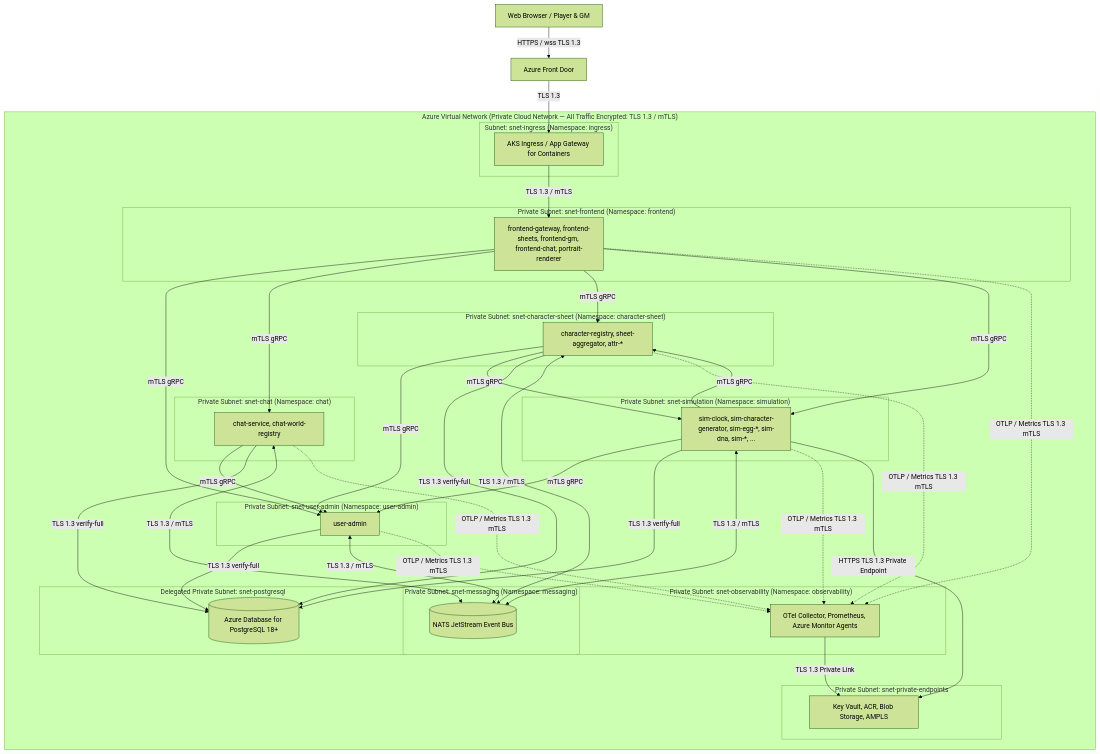
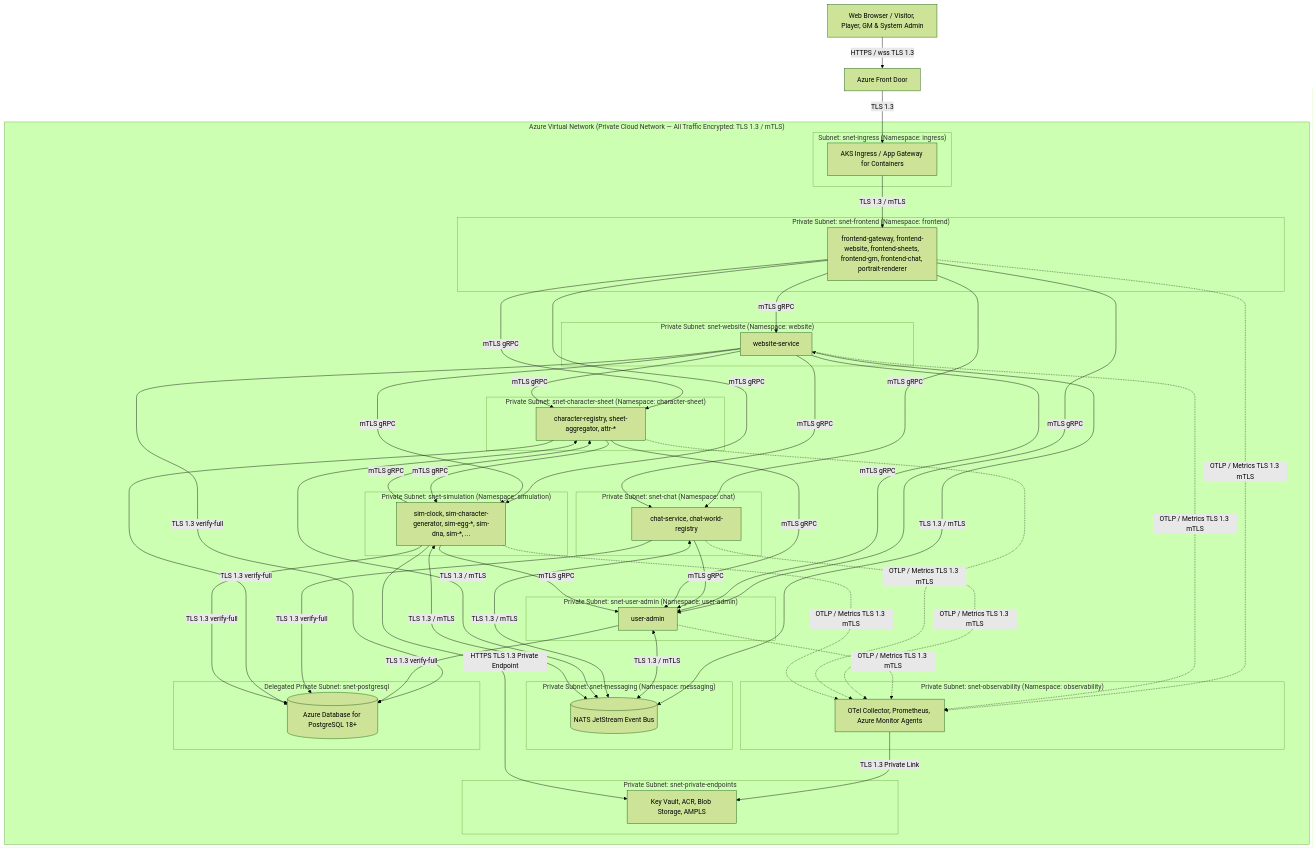
The diagram in docs/architecture/ADR-0012-private-subnet-isolation-and-encrypted-cloud-communication.md (ladrost/princesspink), drawn with Mermaid (forest theme) before and after one commit. The commit also changed other lines of this file and 13 other files, not shown here.

First line of the commit message:
53 add a static website service (#64)

````diff
--- a/docs/architecture/ADR-0012-private-subnet-isolation-and-encrypted-cloud-communication.md
+++ b/docs/architecture/ADR-0012-private-subnet-isolation-and-encrypted-cloud-communication.md
@@ -80,6 +82,6 @@
 ```mermaid
 flowchart TB
-    Browser[Web Browser / Player & GM] -->|HTTPS / wss TLS 1.3| Edge[Azure Front Door]
+    Browser[Web Browser / Visitor, Player, GM & System Admin] -->|HTTPS / wss TLS 1.3| Edge[Azure Front Door]
 
     subgraph VNet["Azure Virtual Network (Private Cloud Network — All Traffic Encrypted: TLS 1.3 / mTLS)"]
         subgraph SubIngress["Subnet: snet-ingress (Namespace: ingress)"]
@@ -87,7 +89,11 @@
         end
 
         subgraph SubFrontend["Private Subnet: snet-frontend (Namespace: frontend)"]
-            Frontend[frontend-gateway, frontend-sheets, frontend-gm, frontend-chat, portrait-renderer]
+            Frontend[frontend-gateway, frontend-website, frontend-sheets, frontend-gm, frontend-chat, portrait-renderer]
+        end
+
+        subgraph SubWebsite["Private Subnet: snet-website (Namespace: website)"]
+            Website[website-service]
         end
 
         subgraph SubUserAdmin["Private Subnet: snet-user-admin (Namespace: user-admin)"]
@@ -125,27 +131,35 @@
 
     Edge -->|TLS 1.3| Ingress
     Ingress -->|TLS 1.3 / mTLS| Frontend
+    Frontend -->|mTLS gRPC| Website
     Frontend -->|mTLS gRPC| UserAdmin
     Frontend -->|mTLS gRPC| Chat
     Frontend -->|mTLS gRPC| Sheet
     Frontend -->|mTLS gRPC| Sim
+    Website -->|mTLS gRPC| UserAdmin
+    Website -->|mTLS gRPC| Chat
+    Website -->|mTLS gRPC| Sheet
+    Website -->|mTLS gRPC| Sim
     Chat -->|mTLS gRPC| UserAdmin
     Sheet -->|mTLS gRPC| UserAdmin
     Sheet -->|mTLS gRPC| Sim
     Sim -->|mTLS gRPC| UserAdmin
     Sim -->|mTLS gRPC| Sheet
 
+    Website -->|TLS 1.3 verify-full| PG
     UserAdmin -->|TLS 1.3 verify-full| PG
     Chat -->|TLS 1.3 verify-full| PG
     Sheet -->|TLS 1.3 verify-full| PG
     Sim -->|TLS 1.3 verify-full| PG
 
+    Website <-->|TLS 1.3 / mTLS| NATS
     UserAdmin <-->|TLS 1.3 / mTLS| NATS
     Chat <-->|TLS 1.3 / mTLS| NATS
     Sheet <-->|TLS 1.3 / mTLS| NATS
     Sim <-->|TLS 1.3 / mTLS| NATS
 
     Frontend -.->|OTLP / Metrics TLS 1.3 mTLS| Obs
+    Website -.->|OTLP / Metrics TLS 1.3 mTLS| Obs
     UserAdmin -.->|OTLP / Metrics TLS 1.3 mTLS| Obs
     Chat -.->|OTLP / Metrics TLS 1.3 mTLS| Obs
     Sheet -.->|OTLP / Metrics TLS 1.3 mTLS| Obs
````
